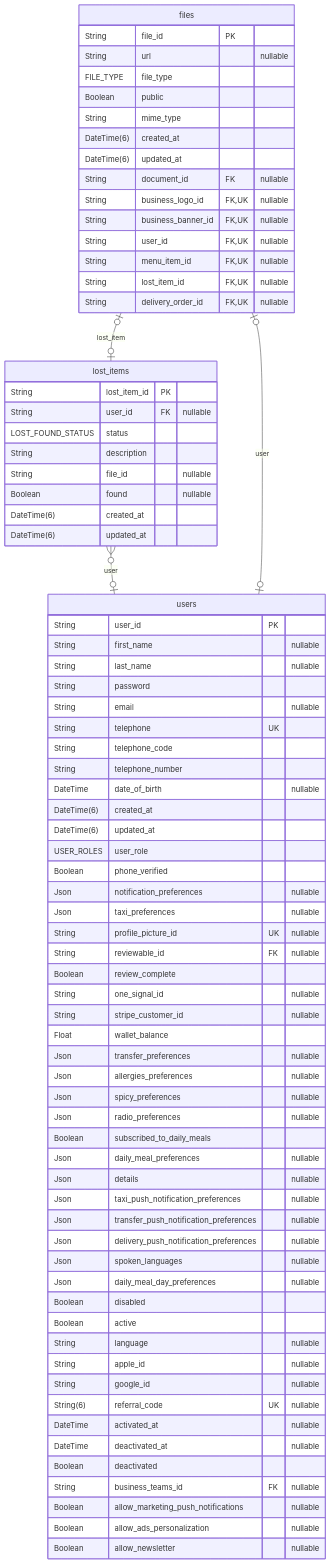
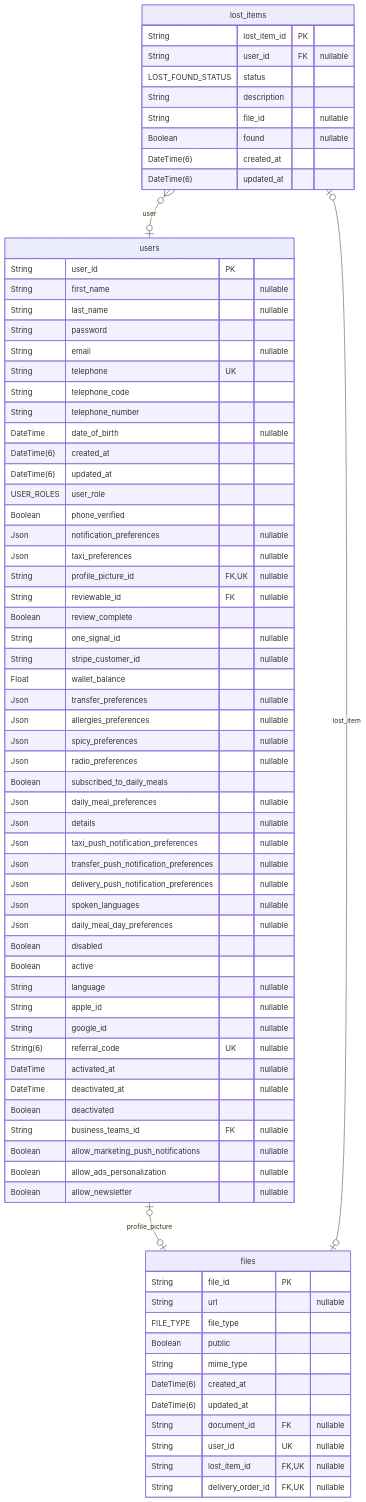
Before and after one commit to pbozic/be-analyisis: the tenth of 39 diagrams in prisma/schemas/ERD.md, drawn with Mermaid. The commit also changed other lines of this file and 6 other files, not shown here.

Commit message:
feature: erd bloat update + relation names change + removed newline in post-processing function

````diff
--- a/prisma/schemas/ERD.md
+++ b/prisma/schemas/ERD.md
@@ -2142,80 +1885,77 @@
 ```mermaid
 erDiagram
 "lost_items" {
   String lost_item_id PK
   String user_id FK "nullable"
   LOST_FOUND_STATUS status
   String description
   String file_id "nullable"
   Boolean found "nullable"
   DateTime(6) created_at
   DateTime(6) updated_at
 }
 "files" {
   String file_id PK
   String url "nullable"
   FILE_TYPE file_type
   Boolean public
   String mime_type
   DateTime(6) created_at
   DateTime(6) updated_at
   String document_id FK "nullable"
-  String business_logo_id FK,UK "nullable"
-  String business_banner_id FK,UK "nullable"
-  String user_id FK,UK "nullable"
-  String menu_item_id FK,UK "nullable"
+  String user_id UK "nullable"
   String lost_item_id FK,UK "nullable"
   String delivery_order_id FK,UK "nullable"
 }
 "users" {
   String user_id PK
   String first_name "nullable"
   String last_name "nullable"
   String password
   String email "nullable"
   String telephone UK
   String telephone_code
   String telephone_number
   DateTime date_of_birth "nullable"
   DateTime(6) created_at
   DateTime(6) updated_at
   USER_ROLES user_role
   Boolean phone_verified
   Json notification_preferences "nullable"
   Json taxi_preferences "nullable"
-  String profile_picture_id UK "nullable"
+  String profile_picture_id FK,UK "nullable"
   String reviewable_id FK "nullable"
   Boolean review_complete
   String one_signal_id "nullable"
   String stripe_customer_id "nullable"
   Float wallet_balance
   Json transfer_preferences "nullable"
   Json allergies_preferences "nullable"
   Json spicy_preferences "nullable"
   Json radio_preferences "nullable"
   Boolean subscribed_to_daily_meals
   Json daily_meal_preferences "nullable"
   Json details "nullable"
   Json taxi_push_notification_preferences "nullable"
   Json transfer_push_notification_preferences "nullable"
   Json delivery_push_notification_preferences "nullable"
   Json spoken_languages "nullable"
   Json daily_meal_day_preferences "nullable"
   Boolean disabled
   Boolean active
   String language "nullable"
   String apple_id "nullable"
   String google_id "nullable"
   String(6) referral_code UK "nullable"
   DateTime activated_at "nullable"
   DateTime deactivated_at "nullable"
   Boolean deactivated
   String business_teams_id FK "nullable"
   Boolean allow_marketing_push_notifications "nullable"
   Boolean allow_ads_personalization "nullable"
   Boolean allow_newsletter "nullable"
 }
 "lost_items" }o--o| "users" : user
-"files" |o--o| "users" : user
 "files" |o--o| "lost_items" : lost_item
+"users" |o--o| "files" : profile_picture
 ```
````
